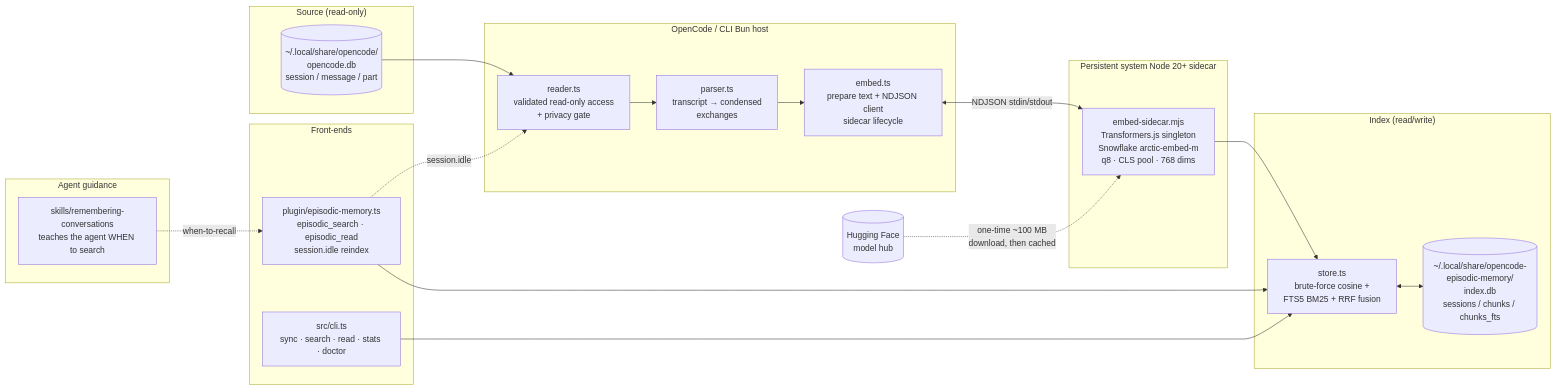
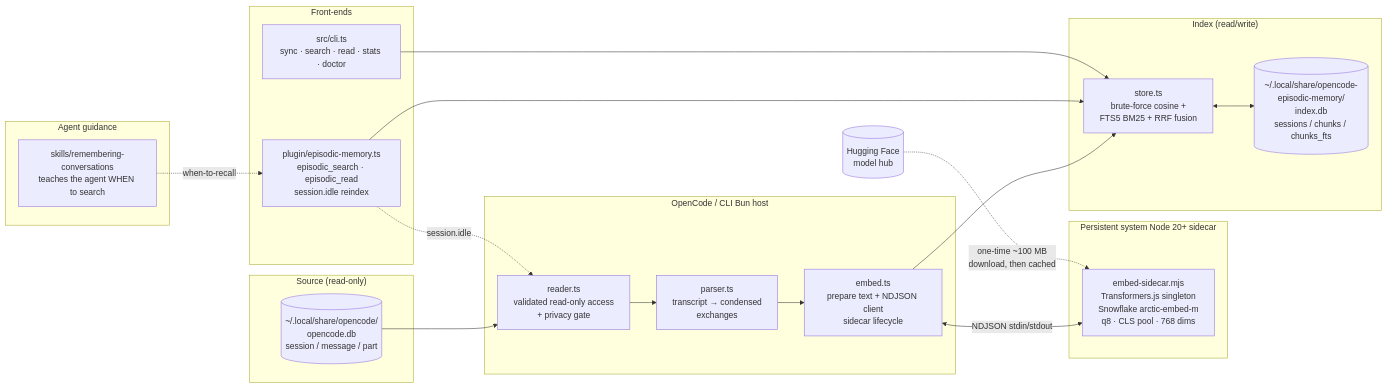
Before and after one commit to robertn702/opencode-episodic-memory: the first of 3 diagrams in ARCHITECTURE.md, drawn with Mermaid. The commit also changed other lines of this file and 8 other files, not shown here.

````diff
--- a/ARCHITECTURE.md
+++ b/ARCHITECTURE.md
@@ -18,41 +18,41 @@
 ```mermaid
 flowchart LR
     subgraph Source["Source (read-only)"]
         OCDB[("~/.local/share/opencode/<br/>opencode.db<br/>session / message / part")]
     end
 
     subgraph BunHost["OpenCode / CLI Bun host"]
         R[reader.ts<br/>validated read-only access<br/>+ privacy gate]
         P[parser.ts<br/>transcript → condensed<br/>exchanges]
         E[embed.ts<br/>prepare text + NDJSON client<br/>sidecar lifecycle]
     end
 
     subgraph NodeSidecar["Persistent system Node 20+ sidecar"]
         ES[embed-sidecar.mjs<br/>Transformers.js singleton<br/>Snowflake arctic-embed-m<br/>q8 · CLS pool · 768 dims]
     end
 
     subgraph Index["Index (read/write)"]
         IDB[("~/.local/share/opencode-episodic-memory/<br/>index.db<br/>sessions / chunks / chunks_fts")]
         S[store.ts<br/>brute-force cosine +<br/>FTS5 BM25 + RRF fusion]
     end
 
     subgraph Frontends["Front-ends"]
         PLG[plugin/episodic-memory.ts<br/>episodic_search · episodic_read<br/>session.idle reindex]
         CLI[src/cli.ts<br/>sync · search · read · stats · doctor]
     end
 
     subgraph Skill["Agent guidance"]
         SK[skills/remembering-conversations<br/>teaches the agent WHEN to search]
     end
 
     OCDB --> R --> P --> E
     E <-->|NDJSON stdin/stdout| ES
-    ES --> S
+    E --> S
     S <--> IDB
     PLG --> S
     CLI --> S
     PLG -.->|session.idle| R
     SK -.when-to-recall.-> PLG
 
     HF[(Hugging Face<br/>model hub)] -.one-time ~100 MB<br/>download, then cached.-> ES
 ```
````
